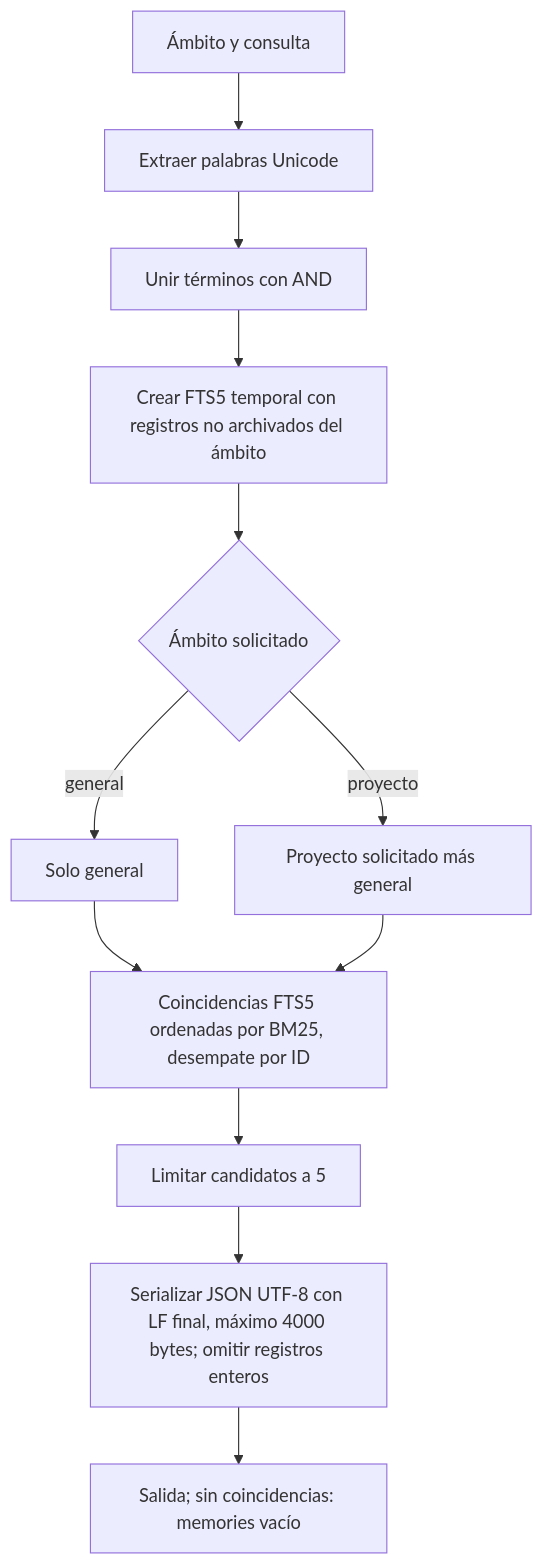
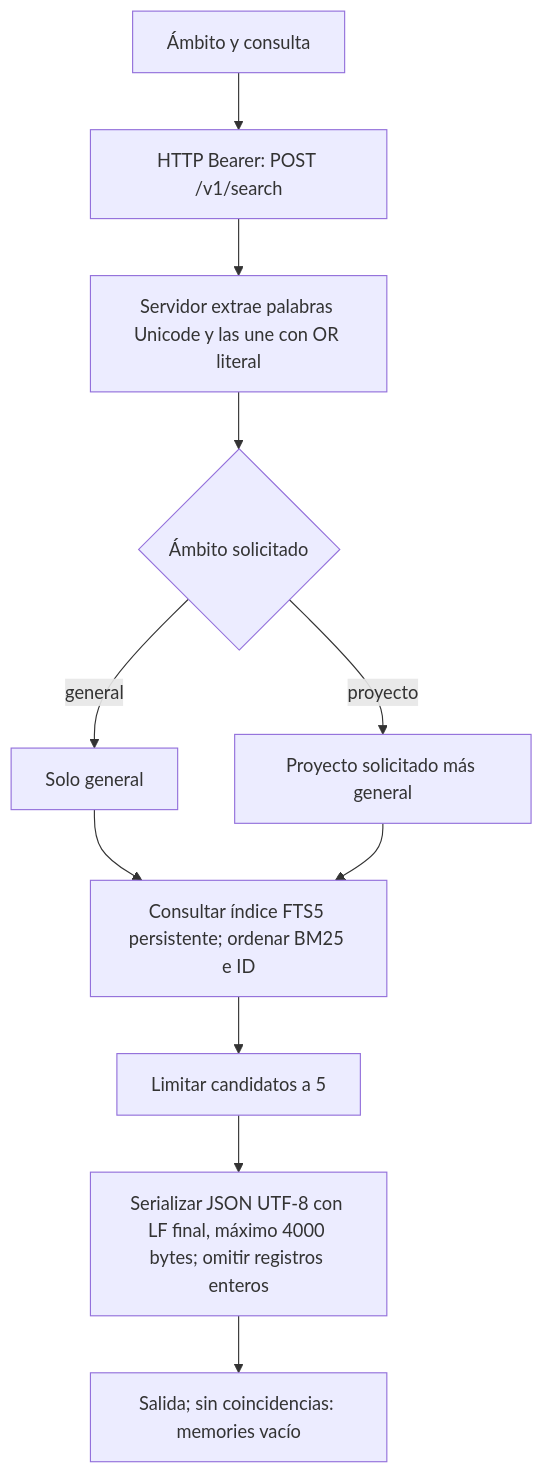
One commit to francolmc/Flucastr.Memory-AI changed the second of 2 diagrams in README.md. Above: the diagram before and after it, drawn with Mermaid. The commit also changed other lines of this file and 17 other files, not shown here.

````diff
--- a/README.md
+++ b/README.md
@@ -44,14 +40,13 @@
 ```mermaid
 flowchart TD
-  Query[Ámbito y consulta] --> Tokens[Extraer palabras Unicode]
-  Tokens --> AND[Unir términos con AND]
-  AND --> Filtro[Crear FTS5 temporal con registros no archivados del ámbito]
-  Filtro --> Ambito{Ámbito solicitado}
+  Query[Ámbito y consulta] --> HTTP[HTTP Bearer: POST /v1/search]
+  HTTP --> Tokens[Servidor extrae palabras Unicode y las une con OR literal]
+  Tokens --> Ambito{Ámbito solicitado}
   Ambito -->|general| General[Solo general]
   Ambito -->|proyecto| Proyecto[Proyecto solicitado más general]
-  General --> Rank[Coincidencias FTS5 ordenadas por BM25, desempate por ID]
+  General --> Rank[Consultar índice FTS5 persistente; ordenar BM25 e ID]
   Proyecto --> Rank
   Rank --> Cinco[Limitar candidatos a 5]
   Cinco --> Bytes[Serializar JSON UTF-8 con LF final, máximo 4000 bytes; omitir registros enteros]
   Bytes --> Out[Salida; sin coincidencias: memories vacío]
 ```
````
